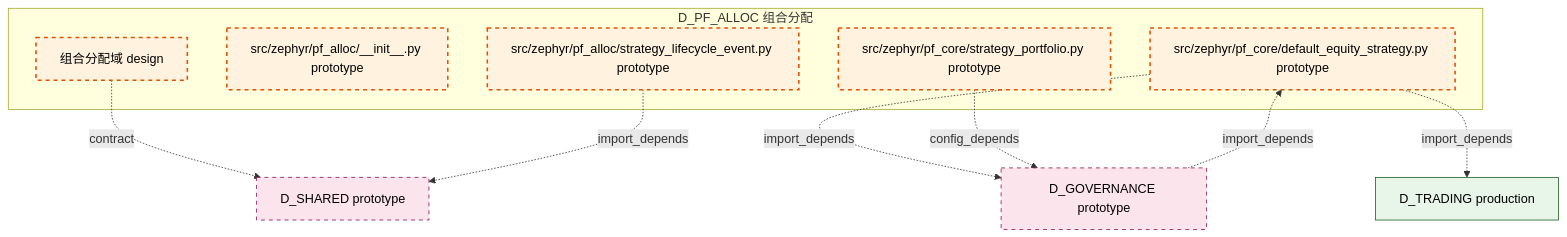
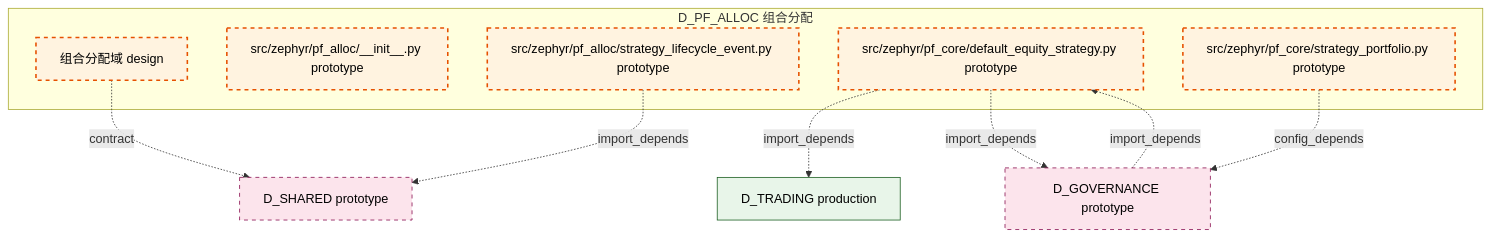
One commit to xuanFelixVan/ZephyrAlpha changed the diagram in docs/02_enterprise_architecture/02_domain_architecture_docs/44_d_pf_alloc.md. Above: the diagram before and after it, drawn with Mermaid. The commit also changed other lines of this file and 105 other files, not shown here.

````diff
--- a/docs/02_enterprise_architecture/02_domain_architecture_docs/44_d_pf_alloc.md
+++ b/docs/02_enterprise_architecture/02_domain_architecture_docs/44_d_pf_alloc.md
@@ -47,26 +47,26 @@
 ```mermaid
 graph TD
     subgraph D_PF_ALLOC["D_PF_ALLOC 组合分配"]
         src_zephyr_pf_alloc["组合分配域 design"]
         src_zephyr_pf_alloc_init_py["src/zephyr/pf_alloc/__init__.py prototype"]
         src_zephyr_pf_alloc_strategy_lifecycle_event_py["src/zephyr/pf_alloc/strategy_lifecycle_event.py prototype"]
         src_zephyr_pf_core_default_equity_strategy_py["src/zephyr/pf_core/default_equity_strategy.py prototype"]
         src_zephyr_pf_core_strategy_portfolio_py["src/zephyr/pf_core/strategy_portfolio.py prototype"]
     end
     D_SHARED["D_SHARED prototype"]
     src_zephyr_pf_alloc -.->|contract| D_SHARED
+    D_TRADING["D_TRADING production"]
+    src_zephyr_pf_core_default_equity_strategy_py -.->|import_depends| D_TRADING
     D_GOVERNANCE["D_GOVERNANCE prototype"]
     src_zephyr_pf_core_default_equity_strategy_py -.->|import_depends| D_GOVERNANCE
-    D_TRADING["D_TRADING production"]
-    src_zephyr_pf_core_default_equity_strategy_py -.->|import_depends| D_TRADING
     src_zephyr_pf_core_strategy_portfolio_py -.->|config_depends| D_GOVERNANCE
     src_zephyr_pf_alloc_strategy_lifecycle_event_py -.->|import_depends| D_SHARED
     D_GOVERNANCE -.->|import_depends| src_zephyr_pf_core_default_equity_strategy_py
     classDef production fill:#e1f5fe,stroke:#01579b,stroke-width:2px,color:#000
     classDef design fill:#fff3e0,stroke:#e65100,stroke-width:2px,color:#000,stroke-dasharray: 5 5
     classDef external_prod fill:#e8f5e9,stroke:#1b5e20,stroke-width:1px,color:#000
     classDef external_design fill:#fce4ec,stroke:#880e4f,stroke-width:1px,color:#000,stroke-dasharray: 5 5
     class src_zephyr_pf_alloc,src_zephyr_pf_alloc_init_py,src_zephyr_pf_alloc_strategy_lifecycle_event_py,src_zephyr_pf_core_default_equity_strategy_py,src_zephyr_pf_core_strategy_portfolio_py design
     class D_TRADING external_prod
     class D_SHARED,D_GOVERNANCE external_design
 ```
````
